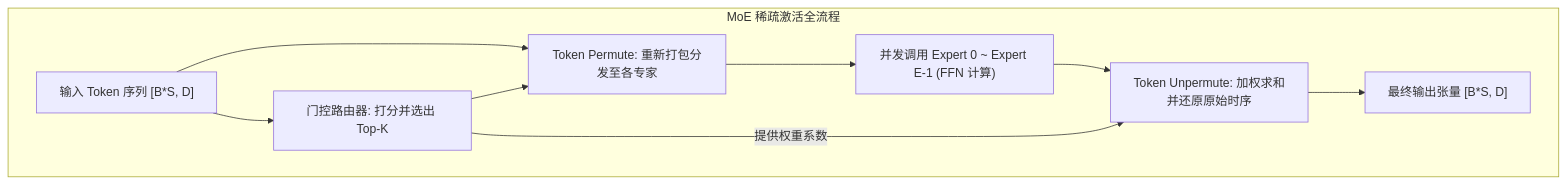
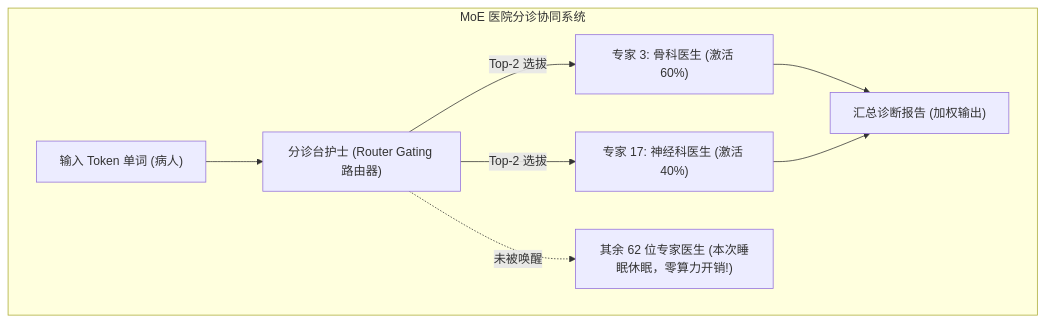
One commit to hqu-little-boy/blog changed the first of 2 diagrams in src/content/posts/dl-operators-07-moe-routing-and-experts-guide.md. Above: the diagram before and after it, drawn with Mermaid. The commit also changed other lines of this file and 11 other files, not shown here.

````diff
--- a/src/content/posts/dl-operators-07-moe-routing-and-experts-guide.md
+++ b/src/content/posts/dl-operators-07-moe-routing-and-experts-guide.md
@@ -44,19 +47,18 @@
 ```mermaid
 graph TD
-    subgraph Flow["MoE 稀疏激活全流程"]
-        Input["输入 Token 序列 [B*S, D]"]
-        Router["门控路由器: 打分并选出 Top-K"]
-        Permute["Token Permute: 重新打包分发至各专家"]
-        Experts["并发调用 Expert 0 ~ Expert E-1 (FFN 计算)"]
-        Unpermute["Token Unpermute: 加权求和并还原原始时序"]
-        Output["最终输出张量 [B*S, D]"]
+    subgraph Hospital["MoE 医院分诊协同系统"]
+        Patient["输入 Token 单词 (病人)"]
+        Nurse["分诊台护士 (Router Gating 路由器)"]
+        DoctorA["专家 3: 骨科医生 (激活 60%)"]
+        DoctorB["专家 17: 神经科医生 (激活 40%)"]
+        DoctorIdle["其余 62 位专家医生 (本次睡眠休眠，零算力开销!)"]
+        Combined["汇总诊断报告 (加权输出)"]
 
-        Input --> Router
-        Input --> Permute
-        Router --> Permute
-        Permute --> Experts
-        Experts --> Unpermute
-        Router -->|提供权重系数| Unpermute
-        Unpermute --> Output
+        Patient --> Nurse
+        Nurse -->|Top-2 选拔| DoctorA
+        Nurse -->|Top-2 选拔| DoctorB
+        Nurse -.->|未被唤醒| DoctorIdle
+        DoctorA --> Combined
+        DoctorB --> Combined
     end
 ```
````
